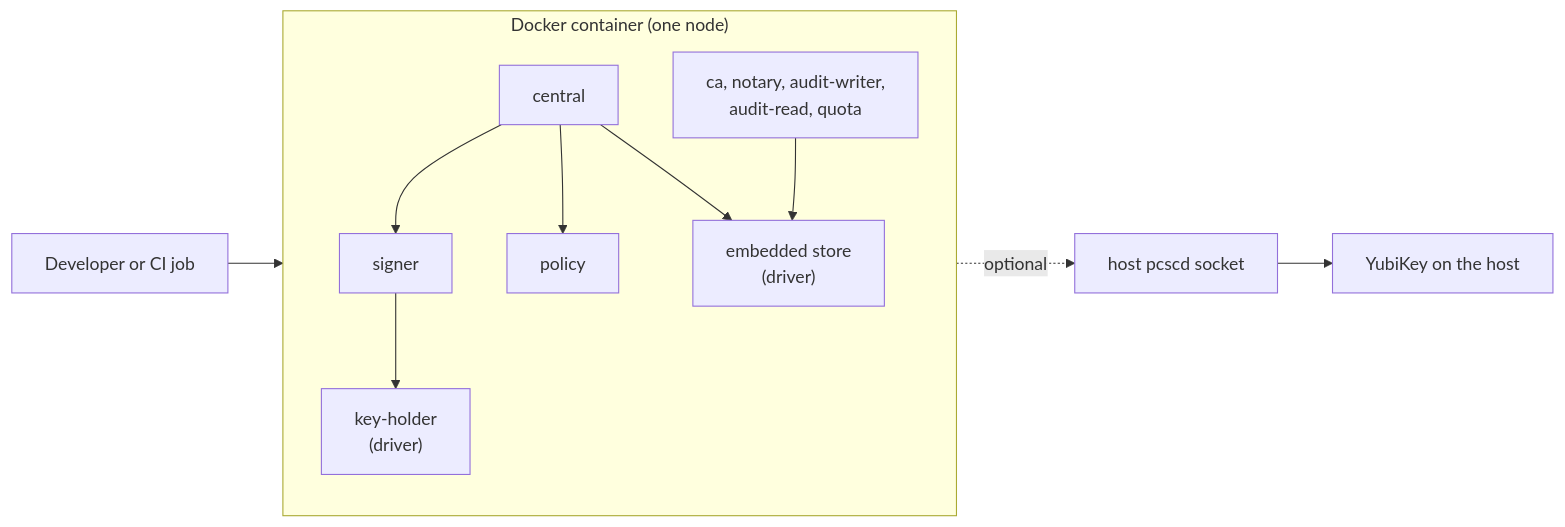
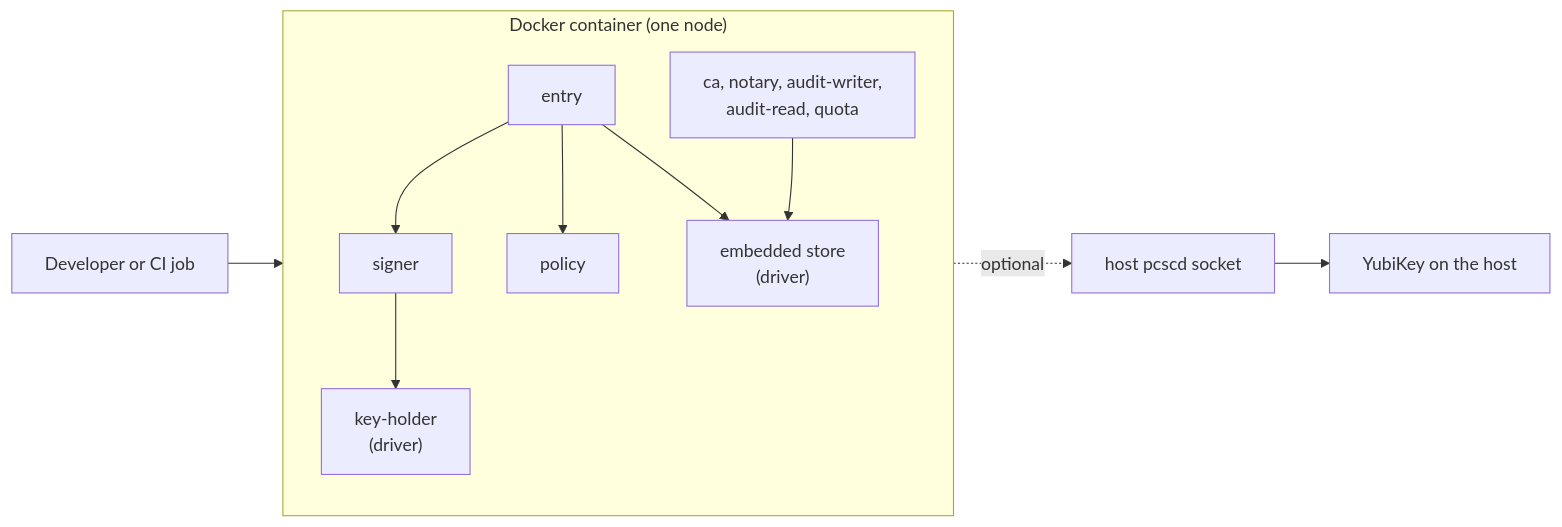
The diagram in docs/shapes/local.md (truvity/sluis), drawn with Mermaid before and after one commit. The commit also changed other lines of this file and 26 other files, not shown here.

````diff
--- a/docs/shapes/local.md
+++ b/docs/shapes/local.md
@@ -13,20 +13,20 @@
 ```mermaid
 flowchart LR
-  dev["Developer or CI job"] --> central
+  dev["Developer or CI job"] --> entry
   subgraph container["Docker container (one node)"]
     direction TB
-    central["central"]
+    entry["entry"]
     signer["signer"]
     policy["policy"]
     others["ca, notary, audit-writer,<br/>audit-read, quota"]
     keyholder["key-holder<br/>(driver)"]
     state["embedded store<br/>(driver)"]
-    central --> signer
-    central --> policy
+    entry --> signer
+    entry --> policy
     signer --> keyholder
     others --> state
-    central --> state
+    entry --> state
   end
   keyholder -. "optional" .-> pcscd["host pcscd socket"]
   pcscd --> yk["YubiKey on the host"]
 ```
````
